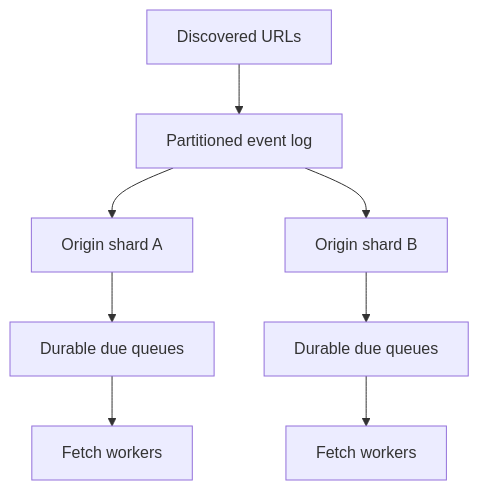
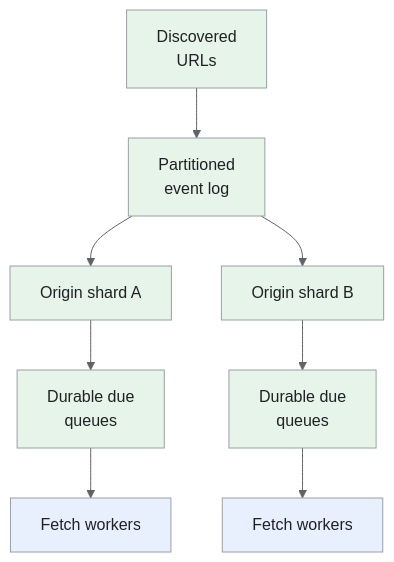
Before and after one commit to iliazlobin/iliazlobin.github.io: the fifth of 6 diagrams in _designs/system-design-web-crawler.md, drawn with Mermaid. The commit also changed other lines of this file and 131 other files, not shown here.

````diff
--- a/_designs/system-design-web-crawler.md
+++ b/_designs/system-design-web-crawler.md
@@ -210,10 +303,17 @@
 ```mermaid
+%%{init: {"theme":"base","themeVariables":{"primaryColor":"#e8f0fe","primaryBorderColor":"#9aa0a6","primaryTextColor":"#202124","secondaryColor":"#e6f4ea","tertiaryColor":"#fef7e0","lineColor":"#5f6368","actorBkg":"#e8f0fe","actorBorder":"#9aa0a6","actorTextColor":"#202124","noteBkgColor":"#fef7e0","noteBorderColor":"#9aa0a6","noteTextColor":"#202124","signalColor":"#5f6368","signalTextColor":"#202124"}}}%%
 flowchart TB
-  D["Discovered URLs"] --> K["Partitioned event log"]
+  D["Discovered<br>URLs"] --> K["Partitioned<br>event log"]
   K --> A["Origin shard A"]
   K --> B["Origin shard B"]
-  A --> Q1["Durable due queues"]
-  B --> Q2["Durable due queues"]
+  A --> Q1["Durable due<br>queues"]
+  B --> Q2["Durable due<br>queues"]
   Q1 --> W1["Fetch workers"]
   Q2 --> W2["Fetch workers"]
+classDef request fill:#e8f0fe,stroke:#9aa0a6,color:#202124;
+classDef data fill:#e6f4ea,stroke:#9aa0a6,color:#202124;
+classDef control fill:#fef7e0,stroke:#9aa0a6,color:#202124;
+class W1,W2 request;
+class D,K,A,B,Q1,Q2 data;
+
 ```
````
